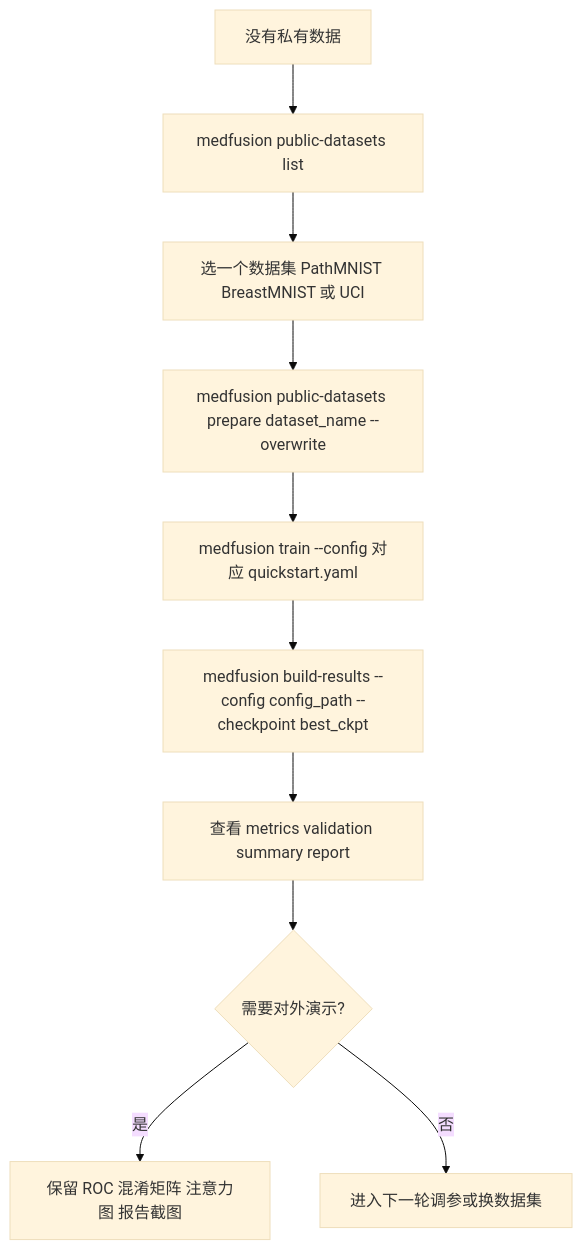
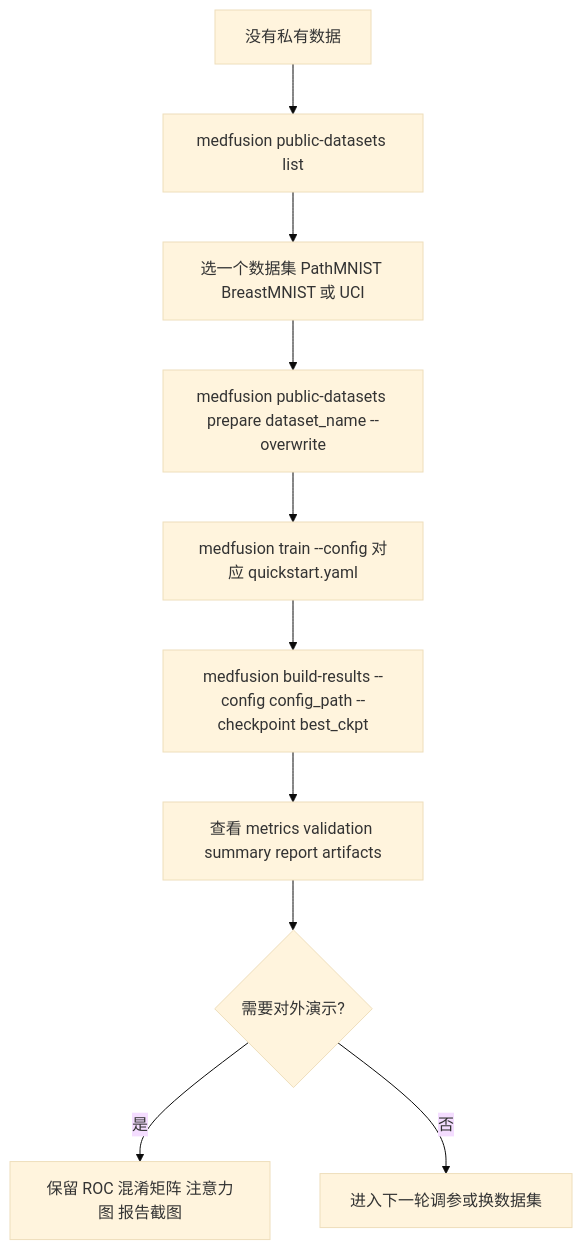
Before and after one commit to iridyne/medfusion: the diagram in docs/contents/getting-started/public-datasets.md, drawn with Mermaid (base theme). The commit also changed other lines of this file and 13 other files, not shown here.

````diff
--- a/docs/contents/getting-started/public-datasets.md
+++ b/docs/contents/getting-started/public-datasets.md
@@ -51,12 +51,12 @@
 ```mermaid
 flowchart TB
   A[没有私有数据] --> B[medfusion public-datasets list]
   B --> C[选一个数据集 PathMNIST BreastMNIST 或 UCI]
   C --> D[medfusion public-datasets prepare dataset_name --overwrite]
   D --> E[medfusion train --config 对应 quickstart.yaml]
   E --> F[medfusion build-results --config config_path --checkpoint best_ckpt]
-  F --> G[查看 metrics validation summary report]
+  F --> G[查看 metrics validation summary report artifacts]
   G --> H{需要对外演示?}
   H -->|是| I[保留 ROC 混淆矩阵 注意力图 报告截图]
   H -->|否| J[进入下一轮调参或换数据集]
 ```
````
